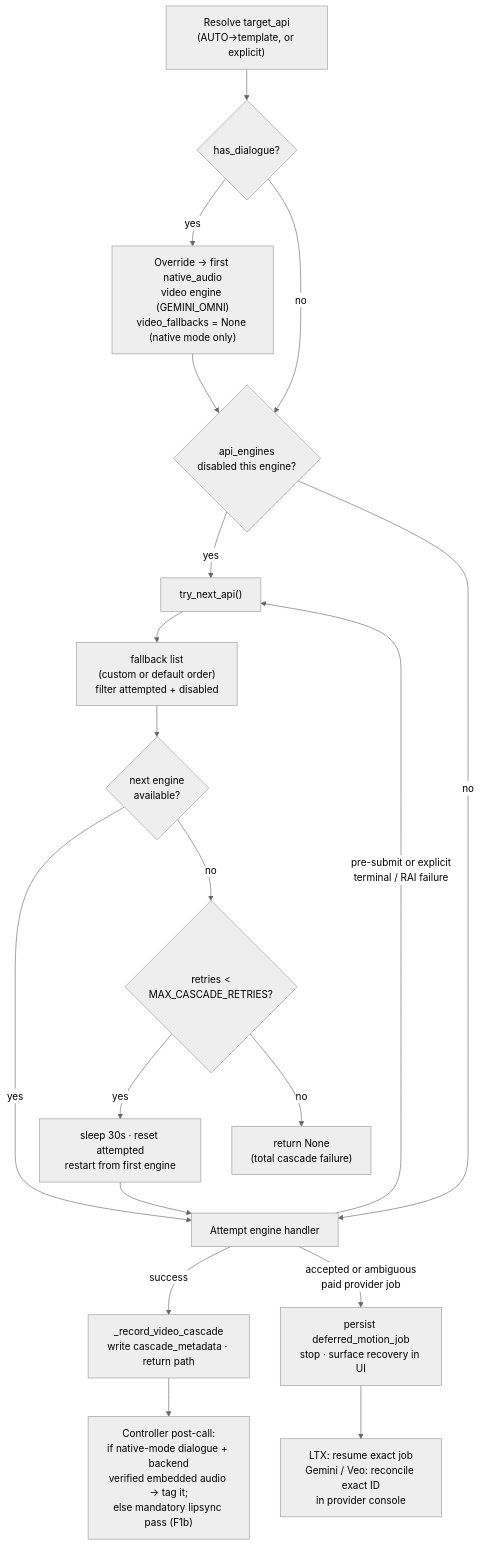
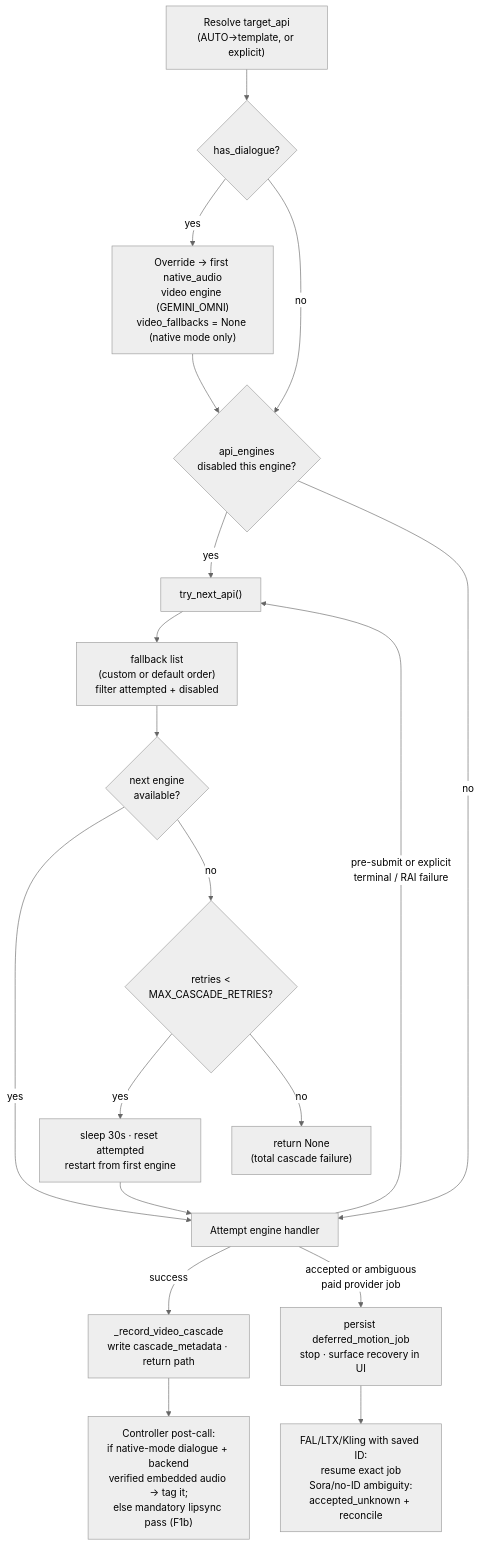
One commit to hkk009008-svg/content changed the ninth of 12 diagrams in docs/PROGRAM-MANUAL.md. Above: the diagram before and after it, drawn with Mermaid (neutral theme). The commit also changed other lines of this file and 18 other files, not shown here.

````diff
--- a/docs/PROGRAM-MANUAL.md
+++ b/docs/PROGRAM-MANUAL.md
@@ -1445,21 +1545,21 @@
 ```mermaid
 flowchart TD
     R["Resolve target_api<br/>(AUTO→template, or explicit)"] --> DLG{has_dialogue?}
     DLG -- yes --> OV["Override → first native_audio<br/>video engine (GEMINI_OMNI)<br/>video_fallbacks = None (native mode only)"]
     DLG -- no --> DIS
     OV --> DIS{api_engines<br/>disabled this engine?}
     DIS -- yes --> TNA
     DIS -- no --> ATT["Attempt engine handler"]
     ATT -- success --> REC["_record_video_cascade<br/>write cascade_metadata · return path"]
     ATT -- "pre-submit or explicit<br/>terminal / RAI failure" --> TNA["try_next_api()"]
     ATT -- "accepted or ambiguous<br/>paid provider job" --> DEF["persist deferred_motion_job<br/>stop · surface recovery in UI"]
     TNA --> LST["fallback list<br/>(custom or default order)<br/>filter attempted + disabled"]
     LST --> NEXT{next engine<br/>available?}
     NEXT -- yes --> ATT
     NEXT -- no --> RETRY{retries <<br/>MAX_CASCADE_RETRIES?}
     RETRY -- yes --> SLEEP["sleep 30s · reset attempted<br/>restart from first engine"]
     SLEEP --> ATT
     RETRY -- no --> NONE["return None<br/>(total cascade failure)"]
     REC --> POST["Controller post-call:<br/>if native-mode dialogue + backend<br/>verified embedded audio → tag it;<br/>else mandatory lipsync pass (F1b)"]
-    DEF --> MAN["LTX: resume exact job<br/>Gemini / Veo: reconcile exact ID<br/>in provider console"]
+    DEF --> MAN["FAL/LTX/Kling with saved ID:<br/>resume exact job<br/>Sora/no-ID ambiguity:<br/>accepted_unknown + reconcile"]
 ```
````
